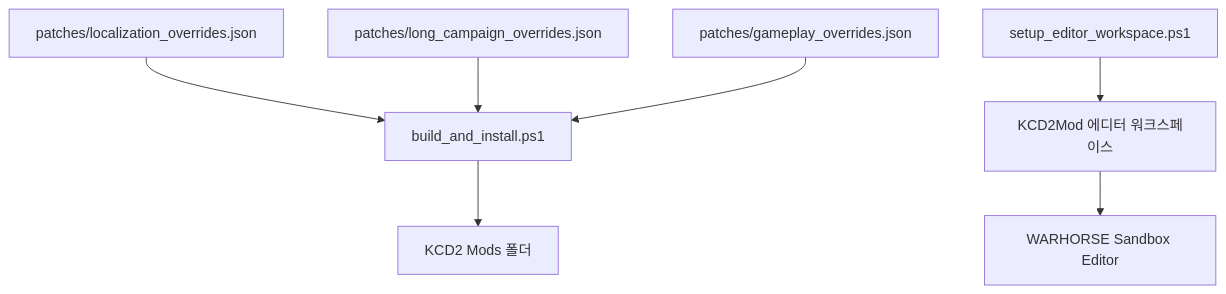
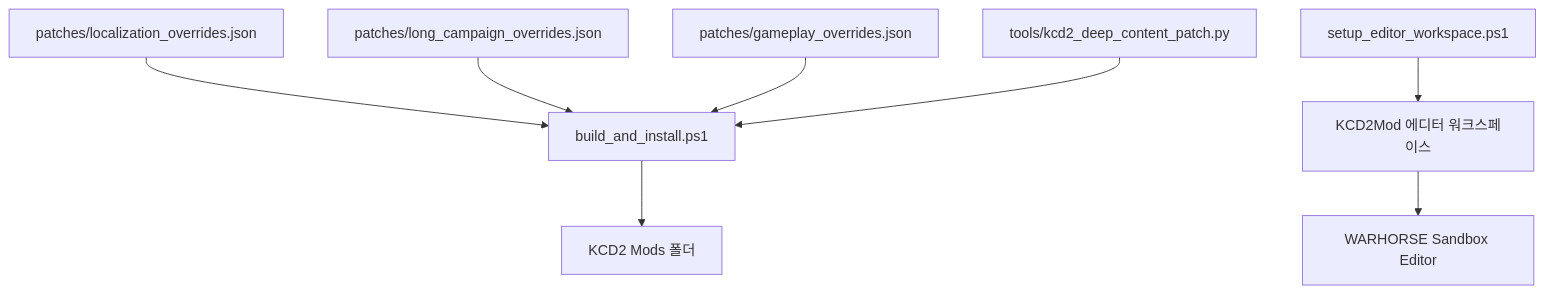
One commit to sinmb79/kcd2-joseon-counterattack-mod changed the diagram in imjin-war-joseon-counterattack-story-lab/kcd2_mod/README.ko.md. Above: the diagram before and after it, drawn with Mermaid. The commit also changed other lines of this file and 6 other files, not shown here.

Commit message:
Add deep KCD2 Joseon content patch

````diff
--- a/imjin-war-joseon-counterattack-story-lab/kcd2_mod/README.ko.md
+++ b/imjin-war-joseon-counterattack-story-lab/kcd2_mod/README.ko.md
@@ -87,9 +97,10 @@
 ```mermaid
 flowchart TD
   A["patches/localization_overrides.json"] --> B["build_and_install.ps1"]
   C["patches/long_campaign_overrides.json"] --> B
   D["patches/gameplay_overrides.json"] --> B
+  I["tools/kcd2_deep_content_patch.py"] --> B
   B --> E["KCD2 Mods 폴더"]
   F["setup_editor_workspace.ps1"] --> G["KCD2Mod 에디터 워크스페이스"]
   G --> H["WARHORSE Sandbox Editor"]
 ```
````
